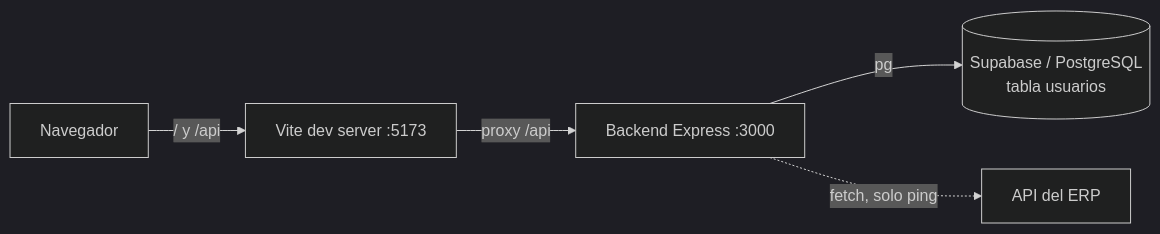
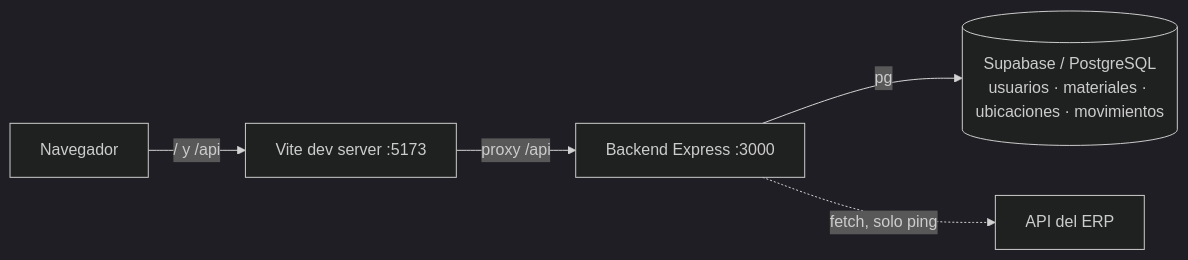
The first of 2 diagrams in docs/DOCUMENTACION.md (diegordznu/ProyectoEstadias), drawn with Mermaid (dark theme) before and after one commit. The commit also changed other lines of this file and 18 other files, not shown here.

````diff
--- a/docs/DOCUMENTACION.md
+++ b/docs/DOCUMENTACION.md
@@ -19,7 +20,7 @@
 ```mermaid
 flowchart LR
     B[Navegador] -->|/ y /api| V[Vite dev server :5173]
     V -->|proxy /api| E[Backend Express :3000]
-    E -->|pg| S[(Supabase / PostgreSQL<br/>tabla usuarios)]
+    E -->|pg| S[(Supabase / PostgreSQL<br/>usuarios · materiales · ubicaciones · movimientos)]
     E -.->|fetch, solo ping| ERP[API del ERP]
 ```
````
